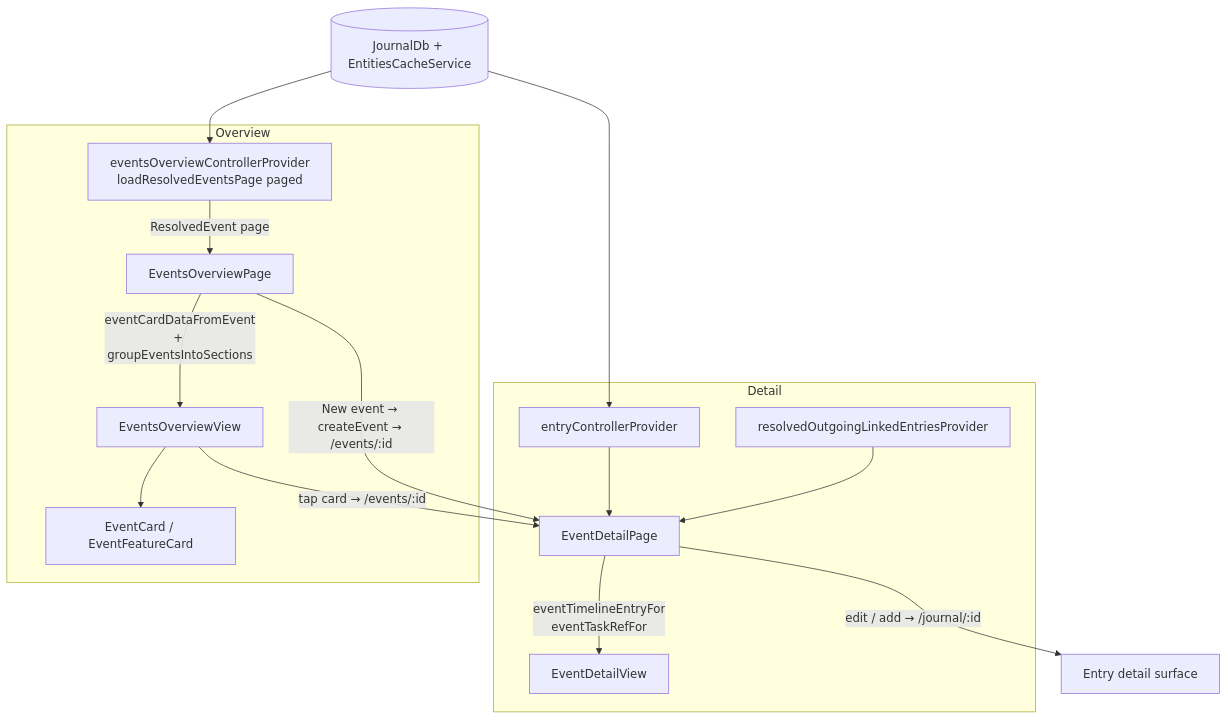
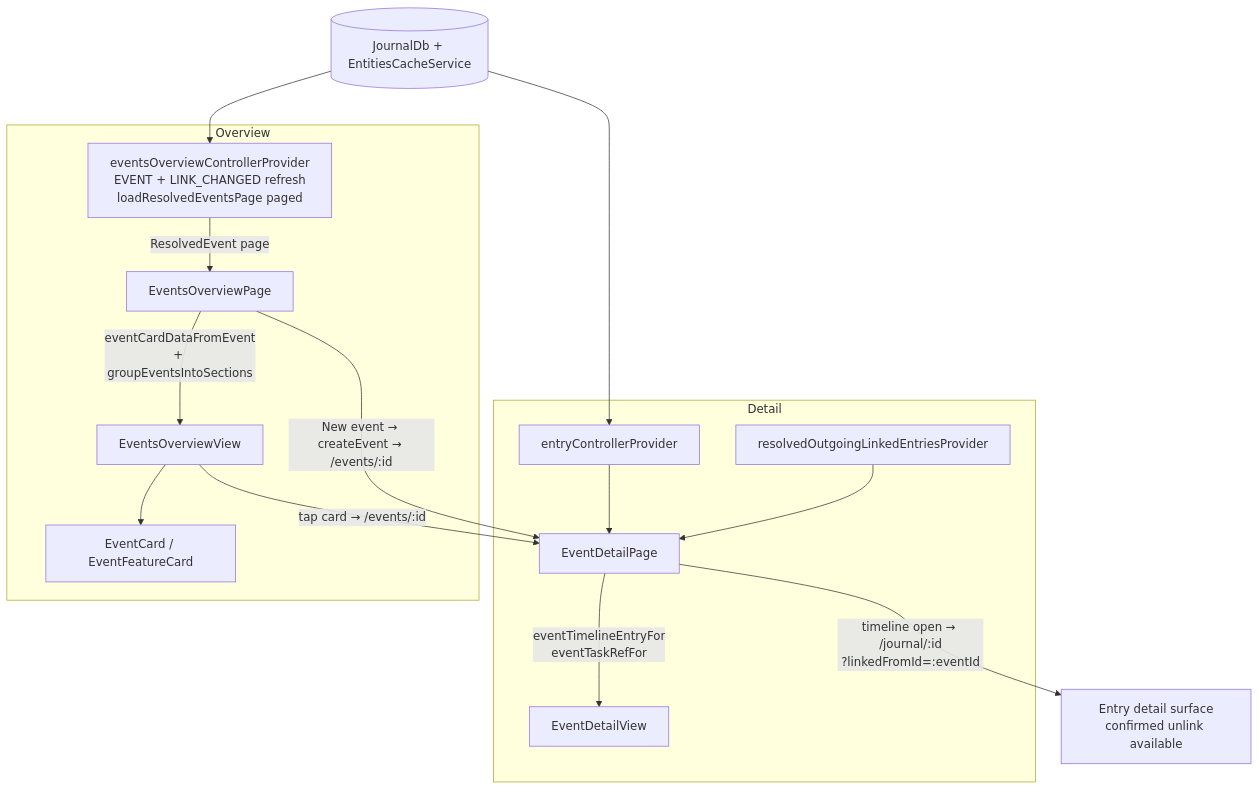
Before and after one commit to matthiasn/lotti: the diagram in knowledge/features/events.md, drawn with Mermaid. The commit also changed other lines of this file and 19 other files, not shown here.

````diff
--- a/knowledge/features/events.md
+++ b/knowledge/features/events.md
@@ -35,22 +35,22 @@
 ```mermaid
 flowchart TD
     DB[(JournalDb + EntitiesCacheService)]
 
     subgraph Overview
-      ESP[eventsOverviewControllerProvider<br/>loadResolvedEventsPage paged] -->|ResolvedEvent page| OP[EventsOverviewPage]
+      ESP[eventsOverviewControllerProvider<br/>EVENT + LINK_CHANGED refresh<br/>loadResolvedEventsPage paged] -->|ResolvedEvent page| OP[EventsOverviewPage]
       OP -->|eventCardDataFromEvent<br/>+ groupEventsIntoSections| OV[EventsOverviewView]
       OV --> CARD[EventCard / EventFeatureCard]
     end
 
     subgraph Detail
       EC[entryControllerProvider] --> DP[EventDetailPage]
       RLE[resolvedOutgoingLinkedEntriesProvider] --> DP
       DP -->|eventTimelineEntryFor<br/>eventTaskRefFor| DV[EventDetailView]
     end
 
     DB --> ESP
     DB --> EC
     OV -->|tap card → /events/:id| DP
     OP -->|New event → createEvent → /events/:id| DP
-    DP -->|edit / add → /journal/:id| LEGACY[Entry detail surface]
+    DP -->|timeline open → /journal/:id<br/>?linkedFromId=:eventId| LEGACY[Entry detail surface<br/>confirmed unlink available]
 ```
````
